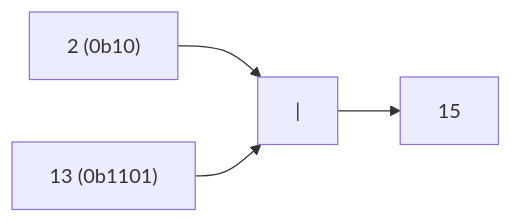
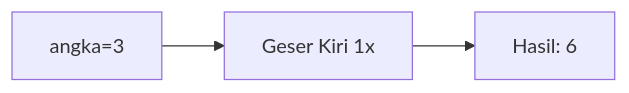
Before and after one commit to amnahwaida/OSNK_INF_PREP: the second of 25 diagrams in part-c-pemahaman-cpp/06-bitwise/latihan/set-06.md, drawn with Mermaid. The commit also changed other lines of this file and 71 other files, not shown here.

````diff
--- a/part-c-pemahaman-cpp/06-bitwise/latihan/set-06.md
+++ b/part-c-pemahaman-cpp/06-bitwise/latihan/set-06.md
@@ -46,6 +48,5 @@
 ```mermaid
 graph LR
-A["2 (0b10)"] --> C["|"]
-B["13 (0b1101)"] --> C
-C --> D["15"]
+A["angka=3"] --> B["Geser Kiri 1x"]
+B --> C["Hasil: 6"]
 ```
````
